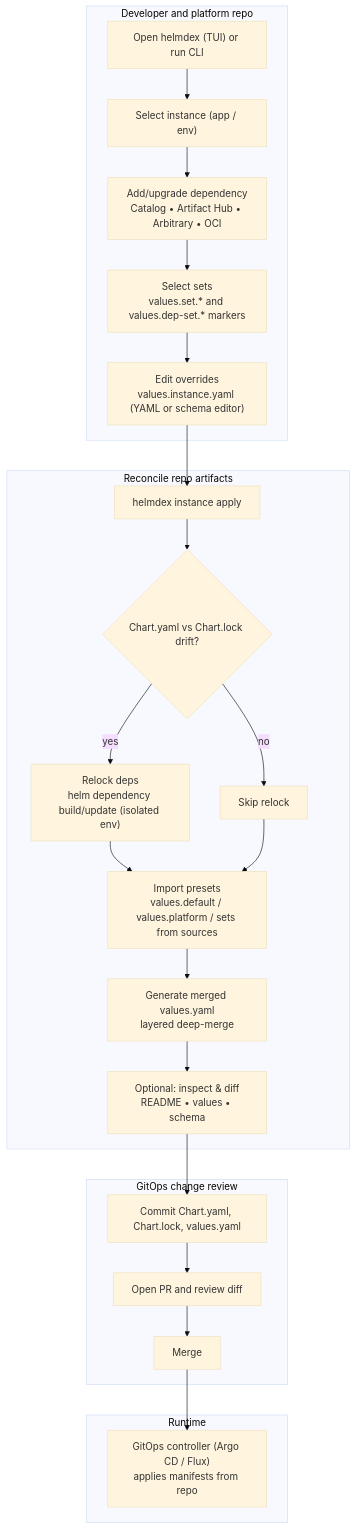
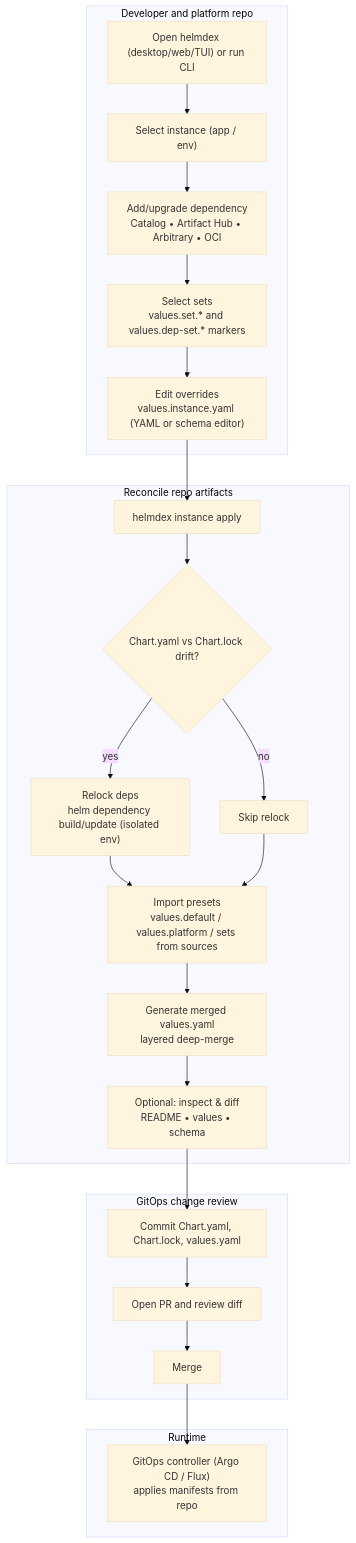
The diagram in README.md (SocialGouv/helmdex), drawn with Mermaid (base theme) before and after one commit. The commit also changed other lines of this file and 2 other files, not shown here.

First line of the commit message:
docs: present desktop/web/TUI/CLI as first-class surfaces

````diff
--- a/README.md
+++ b/README.md
@@ -45,31 +45,31 @@
 ```mermaid
 flowchart TD
   %% Use quoted labels + <br/> for maximum Mermaid renderer compatibility.
   subgraph Dev["Developer and platform repo"]
-    A["Open helmdex (TUI) or run CLI"] --> B["Select instance (app / env)"]
+    A["Open helmdex (desktop/web/TUI) or run CLI"] --> B["Select instance (app / env)"]
     B --> C["Add/upgrade dependency<br/>Catalog • Artifact Hub • Arbitrary • OCI"]
     C --> D["Select sets<br/>values.set.* and values.dep-set.* markers"]
     D --> E["Edit overrides<br/>values.instance.yaml (YAML or schema editor)"]
   end
 
   subgraph Apply["Reconcile repo artifacts"]
     E --> F["helmdex instance apply"]
     F --> G{"Chart.yaml vs Chart.lock drift?"}
     G -- "yes" --> H["Relock deps<br/>helm dependency build/update (isolated env)"]
     G -- "no" --> I["Skip relock"]
     H --> J["Import presets<br/>values.default / values.platform / sets from sources"]
     I --> J
     J --> K["Generate merged values.yaml<br/>layered deep-merge"]
     K --> L["Optional: inspect & diff<br/>README • values • schema"]
   end
 
   subgraph PR["GitOps change review"]
     L --> M["Commit Chart.yaml, Chart.lock, values.yaml"]
     M --> N["Open PR and review diff"]
     N --> O["Merge"]
   end
 
   subgraph Deploy["Runtime"]
     O --> P["GitOps controller (Argo CD / Flux)<br/>applies manifests from repo"]
   end
 ```
````
